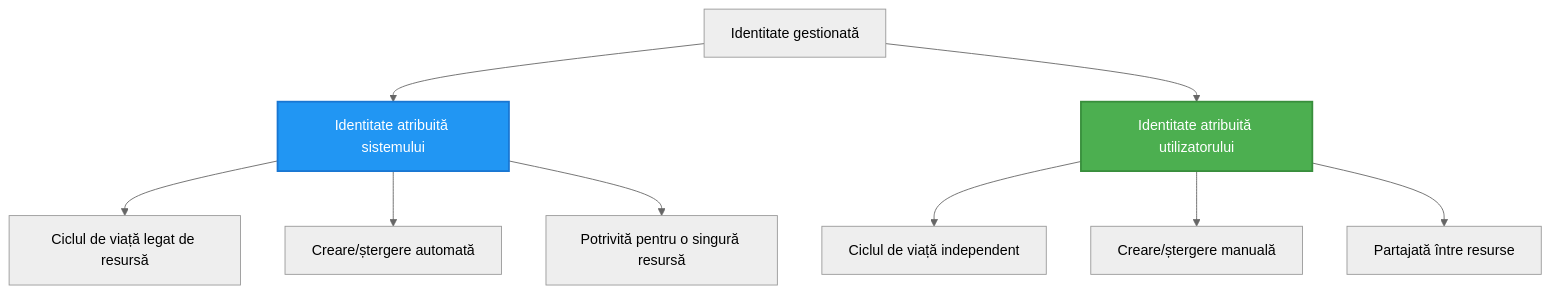
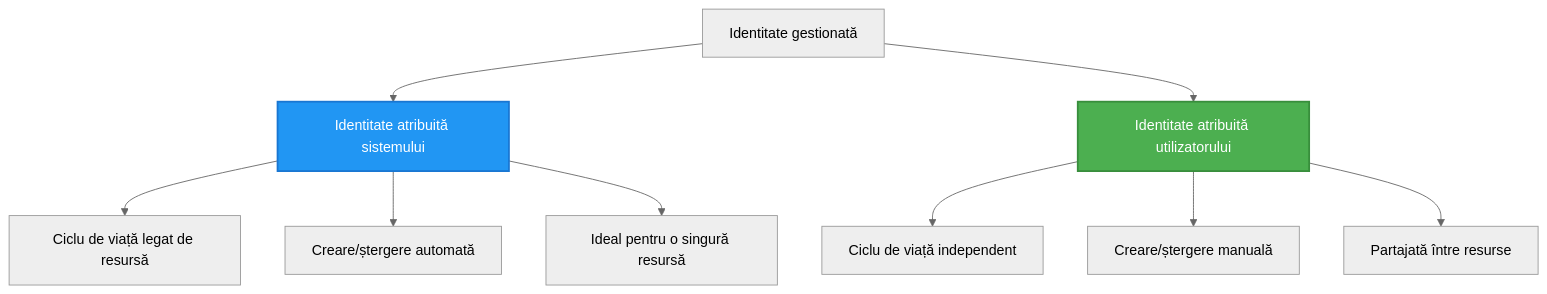
The second of 2 diagrams in translations/ro/docs/chapter-03-configuration/authsecurity.md (microsoft/AZD-for-beginners), drawn with Mermaid (neutral theme) before and after one commit. The commit also changed other lines of this file and 101 other files, not shown here.

````diff
--- a/translations/ro/docs/chapter-03-configuration/authsecurity.md
+++ b/translations/ro/docs/chapter-03-configuration/authsecurity.md
@@ -97,20 +97,20 @@
 ```mermaid
 graph TB
     MI[Identitate gestionată]
     SystemAssigned[Identitate atribuită sistemului]
     UserAssigned[Identitate atribuită utilizatorului]
     
     MI --> SystemAssigned
     MI --> UserAssigned
     
-    SystemAssigned --> SA1[Ciclul de viață legat de resursă]
+    SystemAssigned --> SA1[Ciclu de viață legat de resursă]
     SystemAssigned --> SA2[Creare/ștergere automată]
-    SystemAssigned --> SA3[Potrivită pentru o singură resursă]
+    SystemAssigned --> SA3[Ideal pentru o singură resursă]
     
-    UserAssigned --> UA1[Ciclul de viață independent]
+    UserAssigned --> UA1[Ciclu de viață independent]
     UserAssigned --> UA2[Creare/ștergere manuală]
     UserAssigned --> UA3[Partajată între resurse]
     
     style SystemAssigned fill:#2196F3,stroke:#1976D2,stroke-width:2px,color:#fff
     style UserAssigned fill:#4CAF50,stroke:#388E3C,stroke-width:2px,color:#fff
 ```
````
